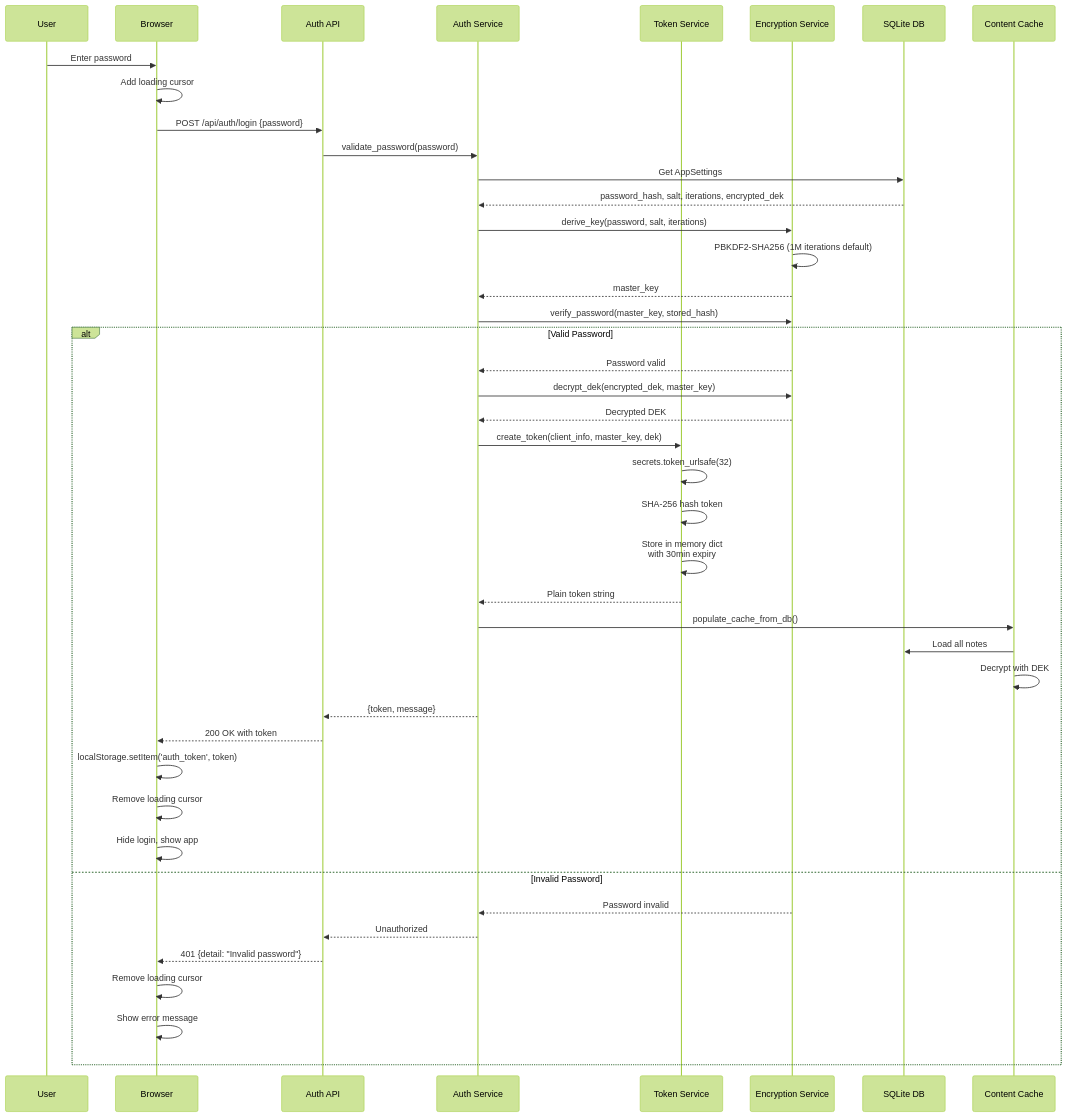
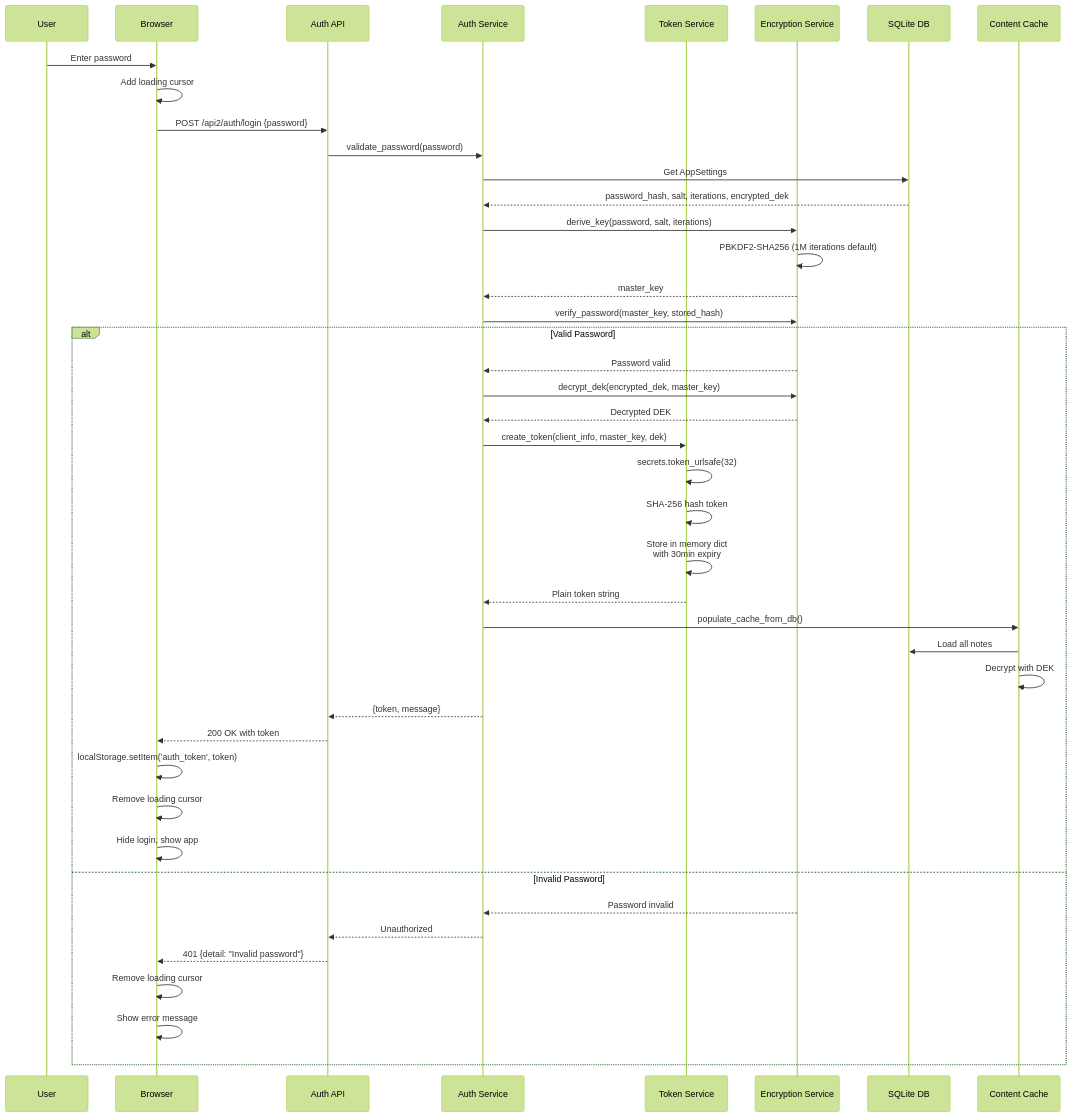
The diagram in docs/diagrams/auth-flow.md (evolvingstuff/metalist), drawn with Mermaid (forest theme) before and after one commit. The commit also changed 7 other files, not shown here.

````diff
--- a/docs/diagrams/auth-flow.md
+++ b/docs/diagrams/auth-flow.md
@@ -5,53 +5,53 @@
 ```mermaid
 sequenceDiagram
     participant U as User
     participant Browser as Browser
     participant API as Auth API
     participant AuthSvc as Auth Service
     participant TokenSvc as Token Service
     participant Enc as Encryption Service
     participant DB as SQLite DB
     participant Cache as Content Cache
     
     U->>Browser: Enter password
     Browser->>Browser: Add loading cursor
-    Browser->>API: POST /api/auth/login {password}
+    Browser->>API: POST /api2/auth/login {password}
     
     API->>AuthSvc: validate_password(password)
     AuthSvc->>DB: Get AppSettings
     DB-->>AuthSvc: password_hash, salt, iterations, encrypted_dek
     
     AuthSvc->>Enc: derive_key(password, salt, iterations)
     Enc->>Enc: PBKDF2-SHA256 (1M iterations default)
     Enc-->>AuthSvc: master_key
     
     AuthSvc->>Enc: verify_password(master_key, stored_hash)
     
     alt Valid Password
         Enc-->>AuthSvc: Password valid
         AuthSvc->>Enc: decrypt_dek(encrypted_dek, master_key)
         Enc-->>AuthSvc: Decrypted DEK
         
         AuthSvc->>TokenSvc: create_token(client_info, master_key, dek)
         TokenSvc->>TokenSvc: secrets.token_urlsafe(32)
         TokenSvc->>TokenSvc: SHA-256 hash token
         TokenSvc->>TokenSvc: Store in memory dict<br/>with 30min expiry
         TokenSvc-->>AuthSvc: Plain token string
         
         AuthSvc->>Cache: populate_cache_from_db()
         Cache->>DB: Load all notes
         Cache->>Cache: Decrypt with DEK
         
         AuthSvc-->>API: {token, message}
         API-->>Browser: 200 OK with token
         Browser->>Browser: localStorage.setItem('auth_token', token)
         Browser->>Browser: Remove loading cursor
         Browser->>Browser: Hide login, show app
     else Invalid Password
         Enc-->>AuthSvc: Password invalid
         AuthSvc-->>API: Unauthorized
         API-->>Browser: 401 {detail: "Invalid password"}
         Browser->>Browser: Remove loading cursor
         Browser->>Browser: Show error message
     end
 ```
````
